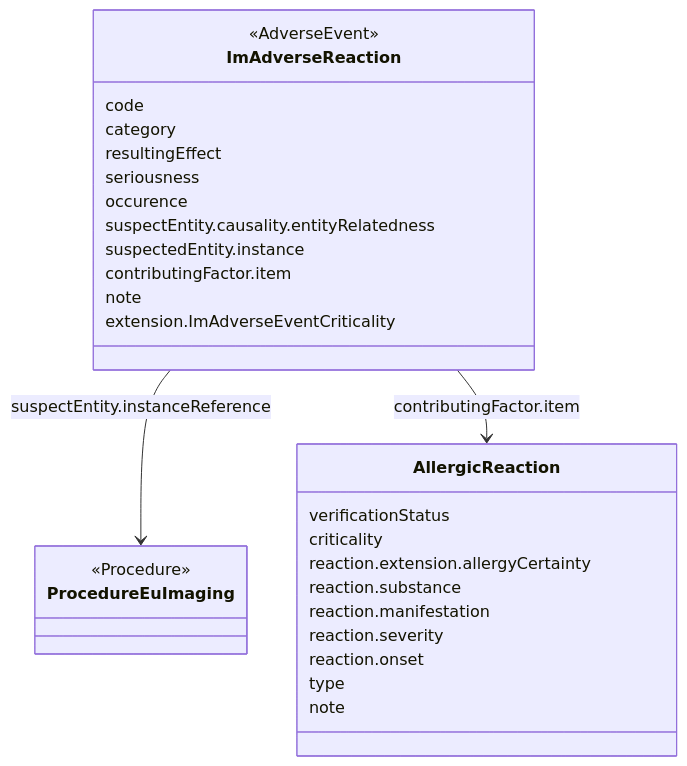
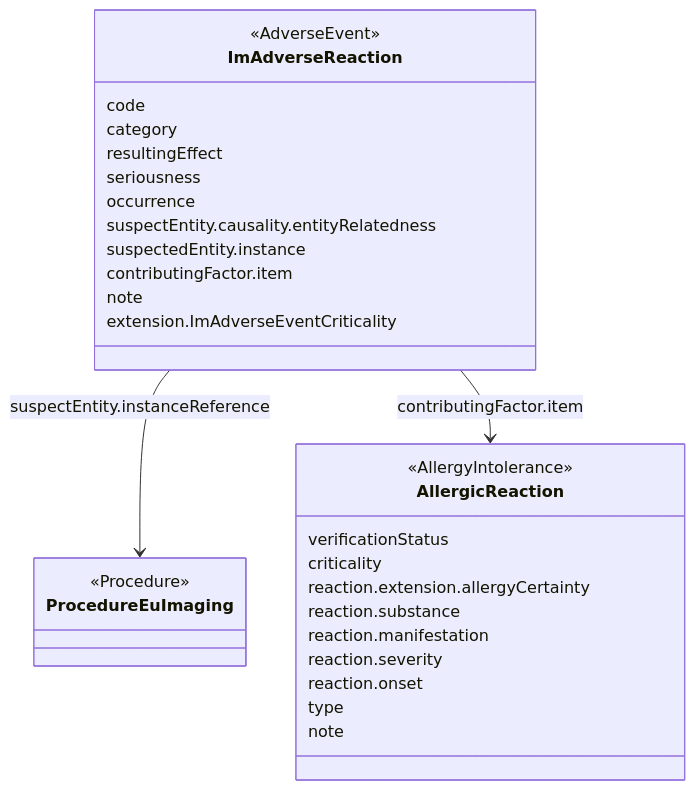
One commit to oijauregui/ehdsimaging-r5 changed the diagram in input/pagecontent/design-consideration-procedure-adverse-reaction.md. Above: the diagram before and after it, drawn with Mermaid. The commit also changed other lines of this file and 227 other files, not shown here.

````diff
--- a/input/pagecontent/design-consideration-procedure-adverse-reaction.md
+++ b/input/pagecontent/design-consideration-procedure-adverse-reaction.md
@@ -10,35 +10,36 @@
 ```mermaid
 classDiagram
-  class ImAdverseReaction {
-    <<AdverseEvent>>
-    code
-    category
-    resultingEffect
-    seriousness
-    occurence
-    suspectEntity.causality.entityRelatedness
-    suspectedEntity.instance
-    contributingFactor.item
-    note
-    extension.ImAdverseEventCriticality
-  }
+ class ImAdverseReaction {
+ <<AdverseEvent>>
+ code
+ category
+ resultingEffect
+ seriousness
+ occurrence
+ suspectEntity.causality.entityRelatedness
+ suspectedEntity.instance
+ contributingFactor.item
+ note
+ extension.ImAdverseEventCriticality
+ }
 
-  class AllergicReaction{
-    verificationStatus
-    criticality
-    reaction.extension.allergyCertainty
-    reaction.substance
-    reaction.manifestation
-    reaction.severity 
-    reaction.onset
-    type
-    note
-  }
+ class AllergicReaction{
+ <<AllergyIntolerance>>
+ verificationStatus
+ criticality
+ reaction.extension.allergyCertainty
+ reaction.substance
+ reaction.manifestation
+ reaction.severity 
+ reaction.onset
+ type
+ note
+ }
 
-  class ProcedureEuImaging{
-    <<Procedure>>
-  }
+ class ProcedureEuImaging{
+ <<Procedure>>
+ }
 
-  ImAdverseReaction --> ProcedureEuImaging: suspectEntity.instanceReference
-  ImAdverseReaction --> AllergicReaction: contributingFactor.item
+ ImAdverseReaction --> ProcedureEuImaging: suspectEntity.instanceReference
+ ImAdverseReaction --> AllergicReaction: contributingFactor.item
 ```
````
